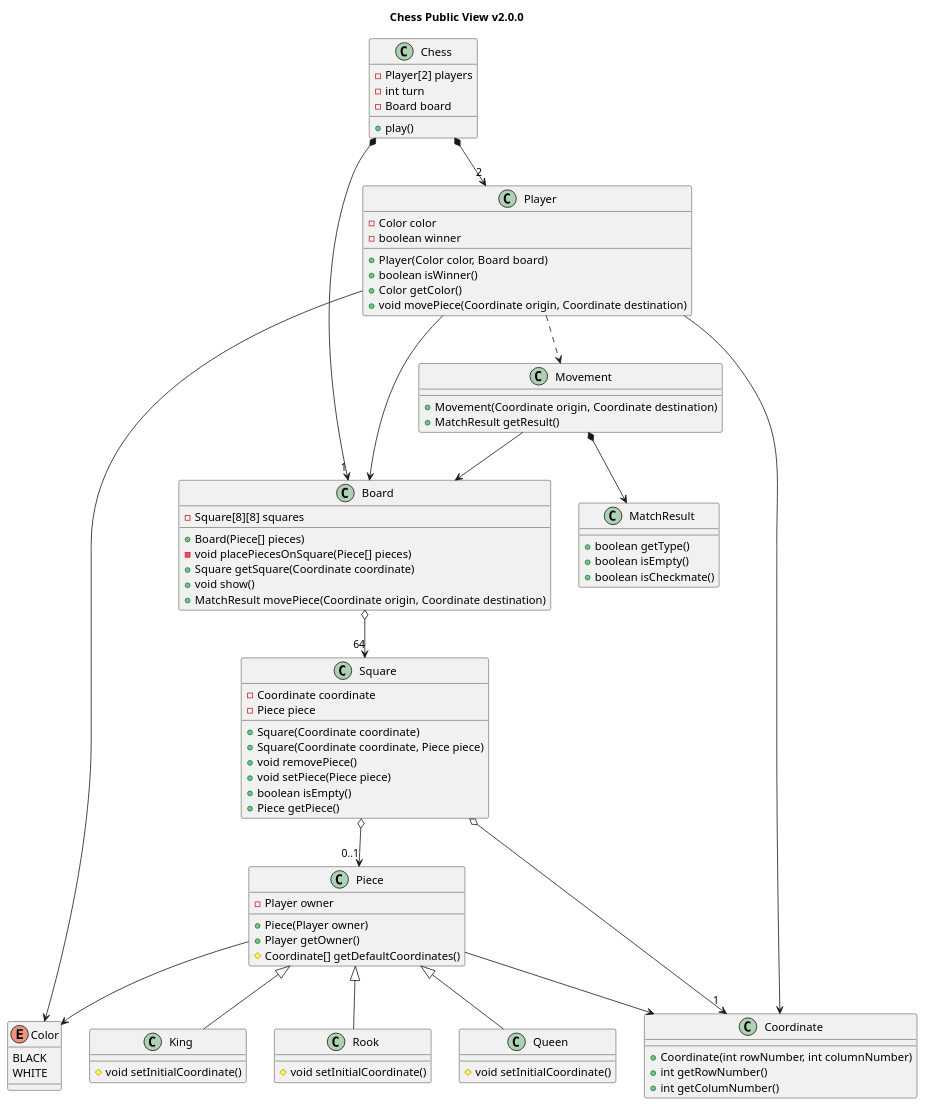
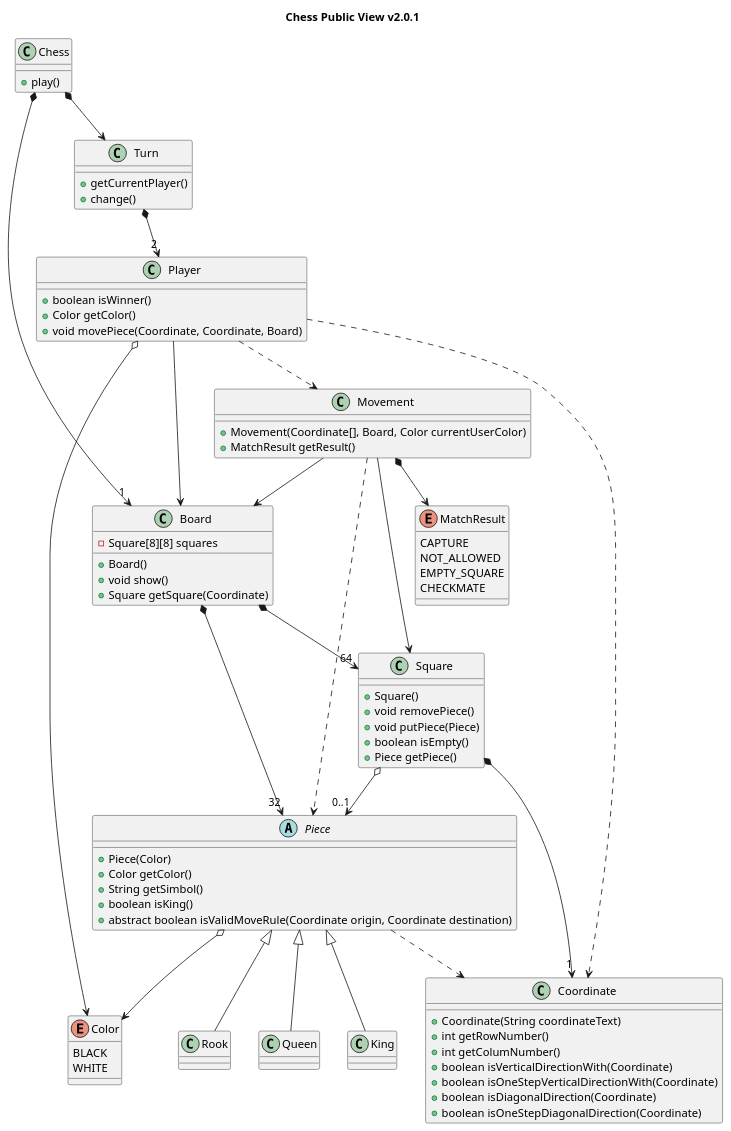
The diagram in chess-publicview.puml (Master-Desarrollo-20-21/ejercicio-4-ajedrez-polimorfismo-kodenix), drawn with PlantUML before and after one commit. The commit also changed 3 other files, not shown here.

```diff
--- a/chess-publicview.puml
+++ b/chess-publicview.puml
@@ -1,111 +1,97 @@
-@startuml ChessPublicView_v2_0_0
+@startuml ChessPublicView_v2_0_1
 
-	title Chess Public View v2.0.0
+	title Chess Public View v2.0.1
 
 	class Chess {
-		-Player[2] players
-		-int turn
-		-Board board
 		+play()
 	}
 
-	/'class Turn {
-		-int currentPlayer;
-		+Turn()
-		+void next()
-		+int getCurrentPLayerNumber()
-	}'/
+	class Turn {
+		+getCurrentPlayer()
+		+change()
+	}
 
 	class Player {
-		-Color color
-		-boolean winner
-		+Player(Color color, Board board)
 		+boolean isWinner()
 		+Color getColor()
-		+void movePiece(Coordinate origin, Coordinate destination)
+		+void movePiece(Coordinate, Coordinate, Board)
 	}
 
 	enum Color {
 		BLACK
 		WHITE
 	}
 
 	class Board {
 		-Square[8][8] squares
-		+Board(Piece[] pieces)
-		-void placePiecesOnSquare(Piece[] pieces)
-		+Square getSquare(Coordinate coordinate)
+		+Board()
 		+void show()
-		+MatchResult movePiece(Coordinate origin, Coordinate destination)
+		+Square getSquare(Coordinate)
 	}
 
-	class Piece {
-		-Player owner
-		+Piece(Player owner)
-		+Player getOwner()
-		#Coordinate[] getDefaultCoordinates()
-	}
-
-	class King extends Piece {
-		#void setInitialCoordinate()
-	}
-
-	class Rook extends Piece {
-		#void setInitialCoordinate()
-	}
-
-	class Queen extends Piece {
-		#void setInitialCoordinate()
+	abstract class Piece {
+		+Piece(Color)
+		+Color getColor()
+		+String getSimbol()
+		+boolean isKing()
+		+abstract boolean isValidMoveRule(Coordinate origin, Coordinate destination)
 	}
 
 	class Coordinate {
-		+Coordinate(int rowNumber, int columnNumber)
+		+Coordinate(String coordinateText)
 		+int getRowNumber()
 		+int getColumNumber()
+		+boolean isVerticalDirectionWith(Coordinate)
+		+boolean isOneStepVerticalDirectionWith(Coordinate)
+		+boolean isDiagonalDirection(Coordinate)
+		+boolean isOneStepDiagonalDirection(Coordinate)
 	}
 
 	class Square {
-		-Coordinate coordinate
-		-Piece piece
-		+Square(Coordinate coordinate)
-		+Square(Coordinate coordinate, Piece piece)
+		+Square()		
 		+void removePiece()
-		+void setPiece(Piece piece)
+		+void putPiece(Piece)
 		+boolean isEmpty()
 		+Piece getPiece()
 	}
 
 	class Movement {
-		+Movement(Coordinate origin, Coordinate destination)
+		+Movement(Coordinate[], Board, Color currentUserColor)
 		+MatchResult getResult()
 	}
 
-	class MatchResult {
-		+boolean getType()
-		+boolean isEmpty()
-		+boolean isCheckmate()
+	enum MatchResult {
+		CAPTURE
+		NOT_ALLOWED
+		EMPTY_SQUARE
+		CHECKMATE
 	}
 
-	
+	class King extends Piece {
+	}
 
+	class Rook extends Piece {
+	}
+
+	class Queen extends Piece {
+	}
 
 	Chess *--> "1" Board
-	'Chess *--> "1" Turn
-	Chess *--> "2" Player
-
+	Chess *--> Turn
+	Turn *--> "2" Player
+	Player o--> Color
+	Piece o--> Color
+	Piece ..> Coordinate
+	Player ..> Coordinate
+	Player ..> Movement
 	Player --> Board
-	Player --> Color
-	Piece --> Color
-	Player --> Coordinate
-	Board o--> "64" Square
+	Board *--> "64" Square
+	Board *--> "32" Piece
 	Square o--> "0..1" Piece
-	Square o--> "1" Coordinate
-	Piece --> Coordinate
-	Player ..> Movement
+	Square *--> "1" Coordinate
 	Movement *--> MatchResult
 	Movement --> Board
-
-
-	
+	Movement --> Square
+	Movement ..> Piece
 
 @enduml
```
